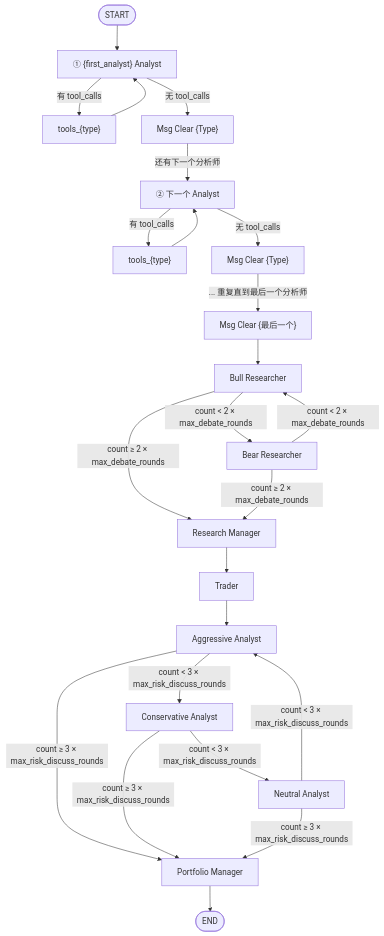
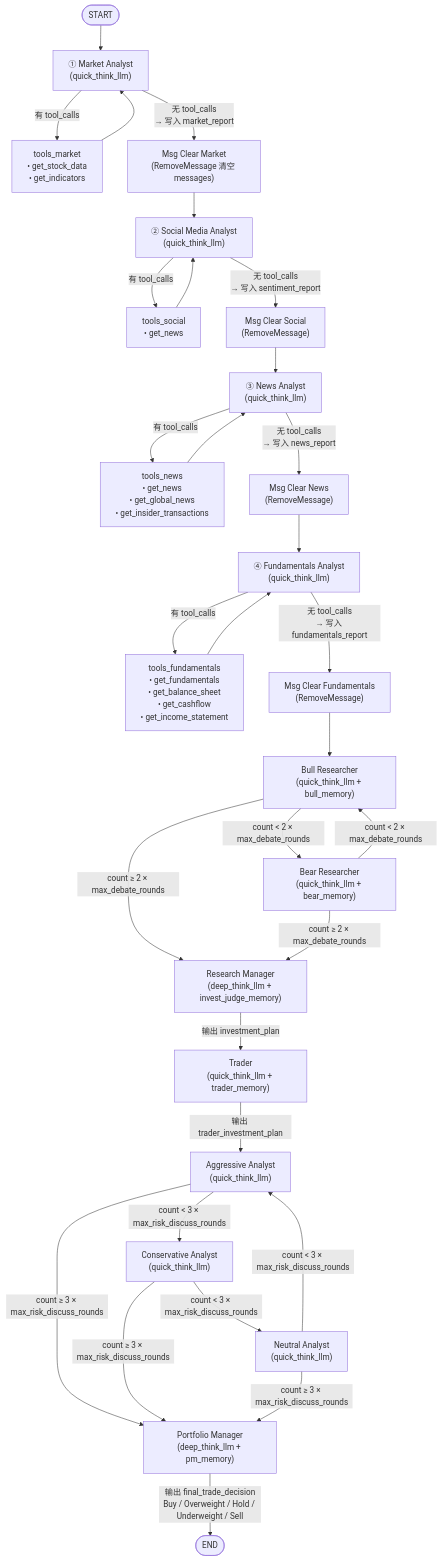
One commit to Handshakeworm/TradeHive changed the diagram in DEV_SPEC.md. Above: the diagram before and after it, drawn with Mermaid. The commit also changed other lines of this file and 2 other files, not shown here.

````diff
--- a/DEV_SPEC.md
+++ b/DEV_SPEC.md
@@ -716,44 +895,52 @@
 ```mermaid
 flowchart TD
     START([START])
 
-    %% ===== 第一阶段：分析师串行 =====
-    START --> A1["① {first_analyst} Analyst"]
+    %% ===== 第一阶段：分析师串行（默认 4 个，顺序由 selected_analysts 决定） =====
+    START --> MA["① Market Analyst\n(quick_think_llm)"]
+    MA -->|有 tool_calls| TM["tools_market\n• get_stock_data\n• get_indicators"]
+    TM --> MA
+    MA -->|"无 tool_calls\n→ 写入 market_report"| MC1["Msg Clear Market\n(RemoveMessage 清空 messages)"]
 
-    A1 -->|有 tool_calls| T1["tools_{type}"]
-    T1 --> A1
-    A1 -->|无 tool_calls| MC1["Msg Clear {Type}"]
+    MC1 --> SA["② Social Media Analyst\n(quick_think_llm)"]
+    SA -->|有 tool_calls| TS["tools_social\n• get_news"]
+    TS --> SA
+    SA -->|"无 tool_calls\n→ 写入 sentiment_report"| MC2["Msg Clear Social\n(RemoveMessage)"]
 
-    MC1 -->|还有下一个分析师| A2["② 下一个 Analyst"]
-    A2 -->|有 tool_calls| T2["tools_{type}"]
-    T2 --> A2
-    A2 -->|无 tool_calls| MC2["Msg Clear {Type}"]
-    MC2 -->|"... 重复直到最后一个分析师"| MCN["Msg Clear {最后一个}"]
+    MC2 --> NA["③ News Analyst\n(quick_think_llm)"]
+    NA -->|有 tool_calls| TN["tools_news\n• get_news\n• get_global_news\n• get_insider_transactions"]
+    TN --> NA
+    NA -->|"无 tool_calls\n→ 写入 news_report"| MC3["Msg Clear News\n(RemoveMessage)"]
 
-    %% ===== 第二阶段：投资辩论 =====
-    MCN --> Bull["Bull Researcher"]
+    MC3 --> FA["④ Fundamentals Analyst\n(quick_think_llm)"]
+    FA -->|有 tool_calls| TF["tools_fundamentals\n• get_fundamentals\n• get_balance_sheet\n• get_cashflow\n• get_income_statement"]
+    TF --> FA
+    FA -->|"无 tool_calls\n→ 写入 fundamentals_report"| MC4["Msg Clear Fundamentals\n(RemoveMessage)"]
 
-    Bull -->|"count < 2 × max_debate_rounds"| Bear["Bear Researcher"]
-    Bull -->|"count ≥ 2 × max_debate_rounds"| RM["Research Manager"]
+    %% ===== 第二阶段：投资辩论（无工具，读取 4 份报告 + memory） =====
+    MC4 --> Bull["Bull Researcher\n(quick_think_llm + bull_memory)"]
+
+    Bull -->|"count < 2 × max_debate_rounds"| Bear["Bear Researcher\n(quick_think_llm + bear_memory)"]
+    Bull -->|"count ≥ 2 × max_debate_rounds"| RM["Research Manager\n(deep_think_llm + invest_judge_memory)"]
 
     Bear -->|"count < 2 × max_debate_rounds"| Bull
     Bear -->|"count ≥ 2 × max_debate_rounds"| RM
 
-    %% ===== 第三阶段：交易计划 =====
-    RM --> Trader["Trader"]
+    %% ===== 第三阶段：交易计划（无工具） =====
+    RM -->|"输出 investment_plan"| Trader["Trader\n(quick_think_llm + trader_memory)"]
 
-    %% ===== 第四阶段：风控辩论 =====
-    Trader --> Agg["Aggressive Analyst"]
+    %% ===== 第四阶段：风控辩论（无工具，无 memory） =====
+    Trader -->|"输出 trader_investment_plan"| Agg["Aggressive Analyst\n(quick_think_llm)"]
 
-    Agg -->|"count < 3 × max_risk_discuss_rounds"| Con["Conservative Analyst"]
-    Agg -->|"count ≥ 3 × max_risk_discuss_rounds"| PM["Portfolio Manager"]
+    Agg -->|"count < 3 × max_risk_discuss_rounds"| Con["Conservative Analyst\n(quick_think_llm)"]
+    Agg -->|"count ≥ 3 × max_risk_discuss_rounds"| PM["Portfolio Manager\n(deep_think_llm + pm_memory)"]
 
-    Con -->|"count < 3 × max_risk_discuss_rounds"| Neu["Neutral Analyst"]
+    Con -->|"count < 3 × max_risk_discuss_rounds"| Neu["Neutral Analyst\n(quick_think_llm)"]
     Con -->|"count ≥ 3 × max_risk_discuss_rounds"| PM
 
     Neu -->|"count < 3 × max_risk_discuss_rounds"| Agg
     Neu -->|"count ≥ 3 × max_risk_discuss_rounds"| PM
 
     %% ===== 输出 =====
-    PM --> END([END])
+    PM -->|"输出 final_trade_decision\nBuy / Overweight / Hold / Underweight / Sell"| END([END])
 ```
````
